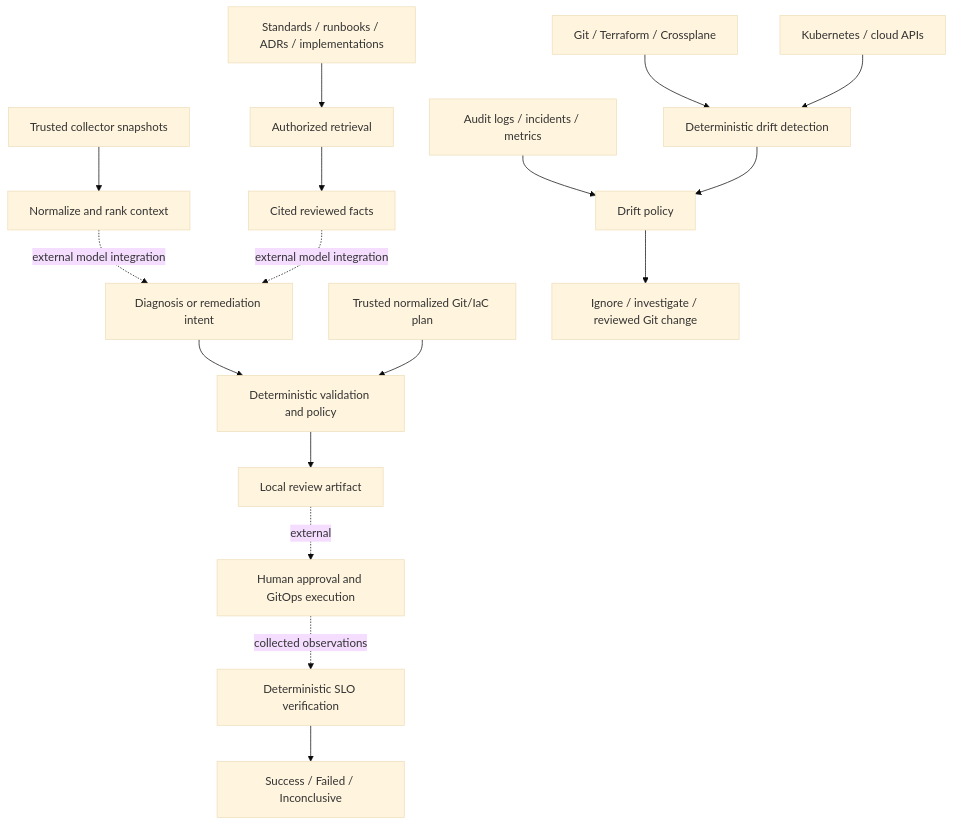
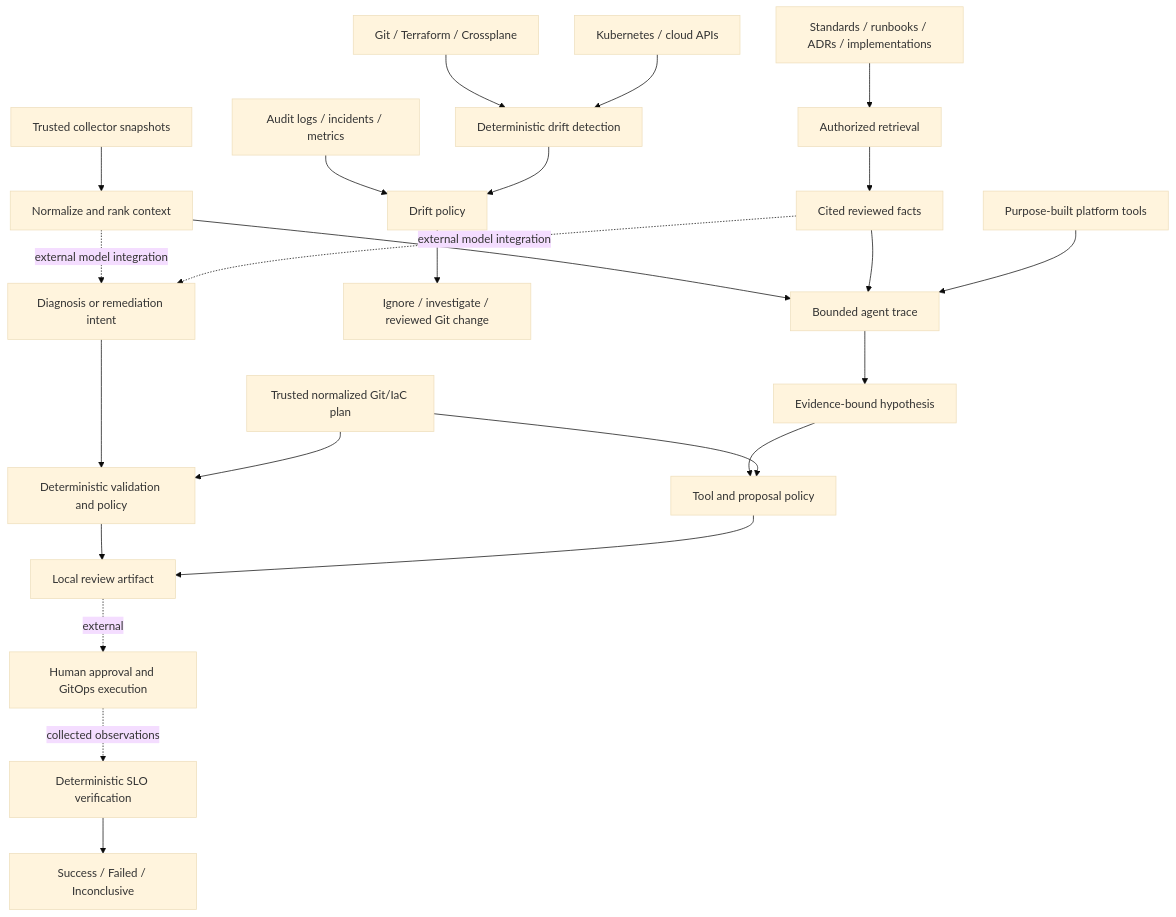
Before and after one commit to Vidon212/AI-incident-co-pilot: the diagram in docs/00-architecture-and-safety.md, drawn with Mermaid (base theme). The commit also changed other lines of this file and 12 other files, not shown here.

Commit message:
Add policy-controlled tool-using agent

````diff
--- a/docs/00-architecture-and-safety.md
+++ b/docs/00-architecture-and-safety.md
@@ -9,19 +9,26 @@
 ```mermaid
 flowchart TD
     Evidence[Trusted collector snapshots] --> Context[Normalize and rank context]
     Context -. external model integration .-> Intent[Diagnosis or remediation intent]
     Intent --> Policy[Deterministic validation and policy]
     Plan[Trusted normalized Git/IaC plan] --> Policy
     Policy --> Review[Local review artifact]
     Review -. external .-> Approval[Human approval and GitOps execution]
     Approval -. collected observations .-> Verify[Deterministic SLO verification]
     Verify --> Result[Success / Failed / Inconclusive]
     Desired[Git / Terraform / Crossplane] --> Drift[Deterministic drift detection]
     Observed[Kubernetes / cloud APIs] --> Drift
     Provenance[Audit logs / incidents / metrics] --> DriftPolicy[Drift policy]
     Drift --> DriftPolicy
     DriftPolicy --> DriftReview[Ignore / investigate / reviewed Git change]
     Knowledge[Standards / runbooks / ADRs / implementations] --> Retrieval[Authorized retrieval]
     Retrieval --> Grounding[Cited reviewed facts]
     Grounding -. external model integration .-> Intent
+    Context --> Agent[Bounded agent trace]
+    Grounding --> Agent
+    Tools[Purpose-built platform tools] --> Agent
+    Agent --> Hypothesis[Evidence-bound hypothesis]
+    Hypothesis --> AgentPolicy[Tool and proposal policy]
+    Plan --> AgentPolicy
+    AgentPolicy --> Review
 ```
````
